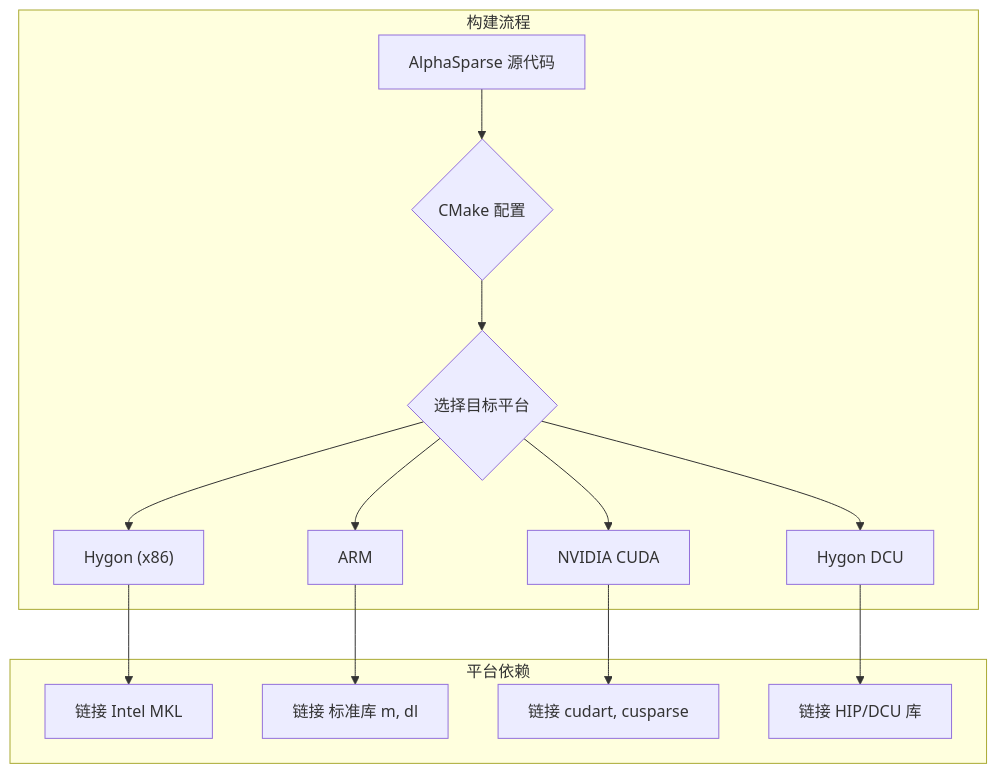
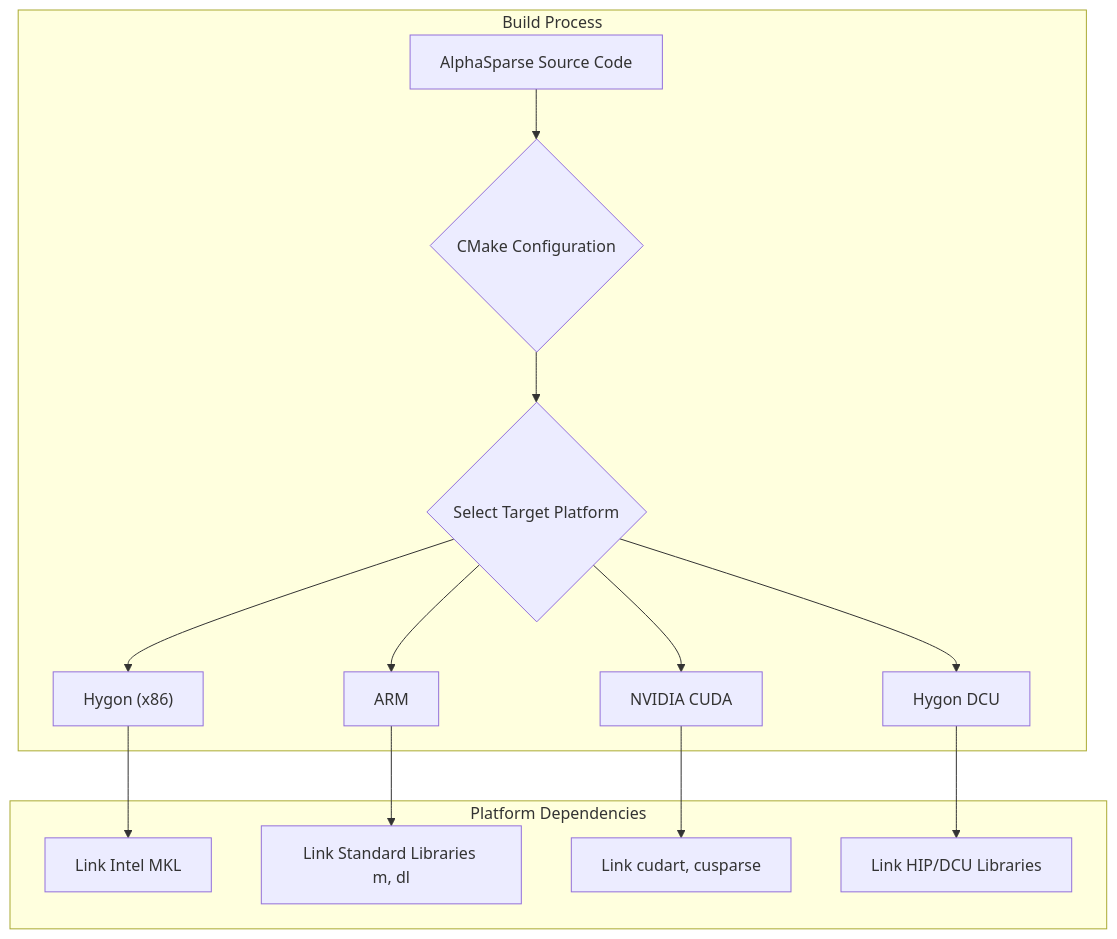
One commit to QiWu-NCIC/QiWu-KernelPerf changed the first of 21 diagrams in KernelPerf/submissions/spmv/alphasparse/upstream/AlphasparseWiki .md. Above: the diagram before and after it, drawn with Mermaid. The commit also changed other lines of this file and 310 other files, not shown here.

````diff
--- a/KernelPerf/submissions/spmv/alphasparse/upstream/AlphasparseWiki .md
+++ b/KernelPerf/submissions/spmv/alphasparse/upstream/AlphasparseWiki .md
@@ -75,19 +75,19 @@
 ```mermaid
 graph TD
-  subgraph 构建流程
-    A[AlphaSparse 源代码] --> B{CMake 配置}
-    B --> C{选择目标平台}
+  subgraph Build Process
+    A[AlphaSparse Source Code] --> B{CMake Configuration}
+    B --> C{Select Target Platform}
     C --> D["Hygon (x86)"]
     C --> E["ARM"]
     C --> F["NVIDIA CUDA"]
     C --> G["Hygon DCU"]
   end
 
-  subgraph 平台依赖
-    D --> D_LIB[链接 Intel MKL]
-    E --> E_LIB[链接 标准库 m, dl]
-    F --> F_LIB[链接 cudart, cusparse]
-    G --> G_LIB[链接 HIP/DCU 库]
+  subgraph Platform Dependencies
+    D --> D_LIB[Link Intel MKL]
+    E --> E_LIB[Link Standard Libraries m, dl]
+    F --> F_LIB[Link cudart, cusparse]
+    G --> G_LIB[Link HIP/DCU Libraries]
   end
 
 ```
````
